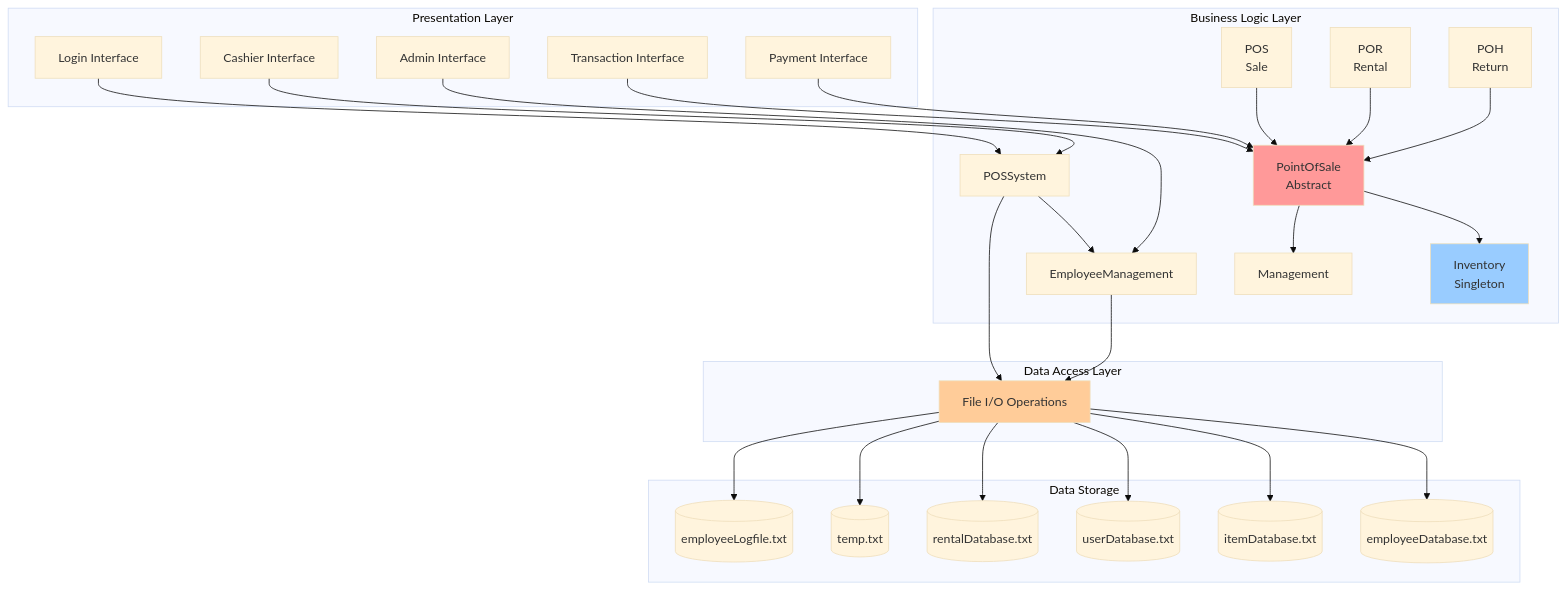
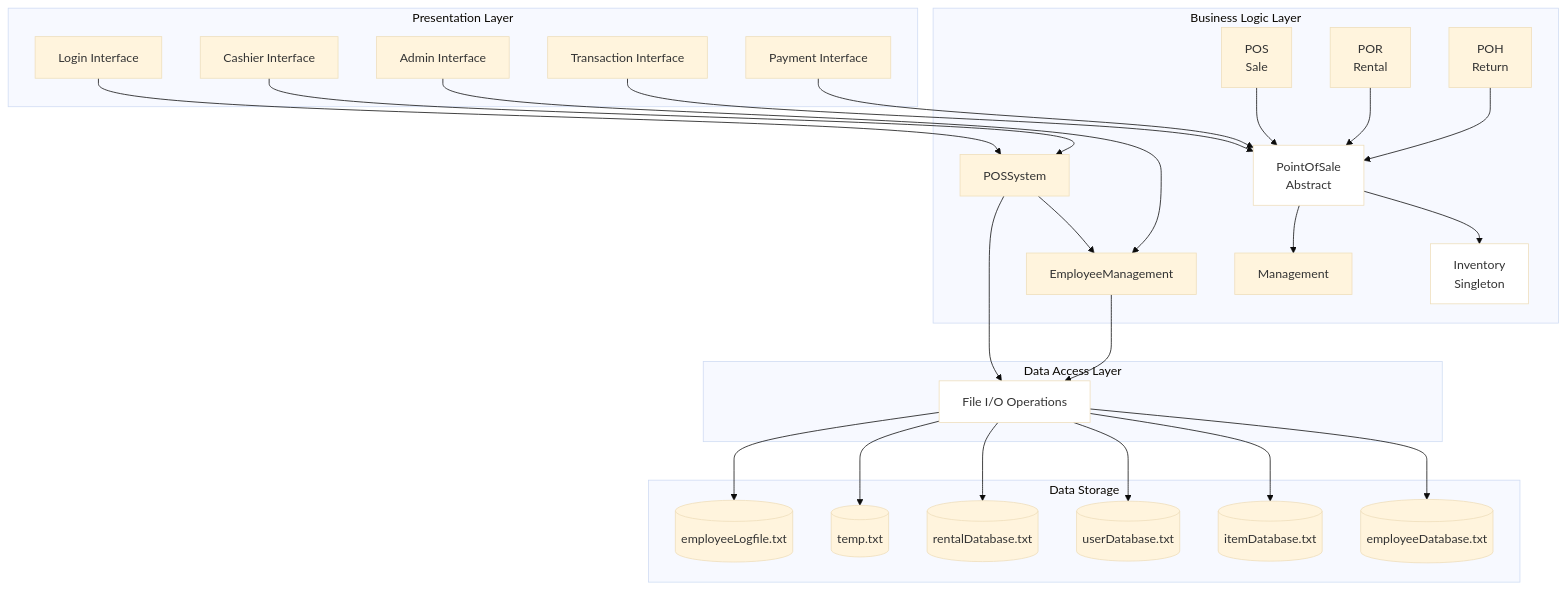
One commit to MasterOz786/Re-Engineering-POS changed the first of 23 diagrams in legacy/DIAGRAMS.md. Above: the diagram before and after it, drawn with Mermaid (base theme). The commit also changed other lines of this file, not shown here.

Commit message:
Update all diagrams to use white backgrounds

````diff
--- a/legacy/DIAGRAMS.md
+++ b/legacy/DIAGRAMS.md
@@ -21,60 +21,60 @@
 ```mermaid
 graph TB
     subgraph "Presentation Layer"
         Login[Login Interface]
         Cashier[Cashier Interface]
         Admin[Admin Interface]
         Transaction[Transaction Interface]
         Payment[Payment Interface]
     end
     
     subgraph "Business Logic Layer"
         POSSystem[POSSystem]
         EmployeeMgmt[EmployeeManagement]
         PointOfSale[PointOfSale<br/>Abstract]
         POS[POS<br/>Sale]
         POR[POR<br/>Rental]
         POH[POH<br/>Return]
         Inventory[Inventory<br/>Singleton]
         Management[Management]
     end
     
     subgraph "Data Access Layer"
         FileIO[File I/O Operations]
     end
     
     subgraph "Data Storage"
         EmpDB[(employeeDatabase.txt)]
         ItemDB[(itemDatabase.txt)]
         UserDB[(userDatabase.txt)]
         RentalDB[(rentalDatabase.txt)]
         TempFile[(temp.txt)]
         LogFile[(employeeLogfile.txt)]
     end
     
     Login --> POSSystem
     Cashier --> POSSystem
     Admin --> EmployeeMgmt
     Transaction --> PointOfSale
     Payment --> PointOfSale
     
     POSSystem --> EmployeeMgmt
     POSSystem --> FileIO
     EmployeeMgmt --> FileIO
     PointOfSale --> Inventory
     PointOfSale --> Management
     POS --> PointOfSale
     POR --> PointOfSale
     POH --> PointOfSale
     
     FileIO --> EmpDB
     FileIO --> ItemDB
     FileIO --> UserDB
     FileIO --> RentalDB
     FileIO --> TempFile
     FileIO --> LogFile
     
-    style PointOfSale fill:#ff9999
-    style Inventory fill:#99ccff
-    style FileIO fill:#ffcc99
+    style PointOfSale fill:#ffffff
+    style Inventory fill:#ffffff
+    style FileIO fill:#ffffff
 ```
````
